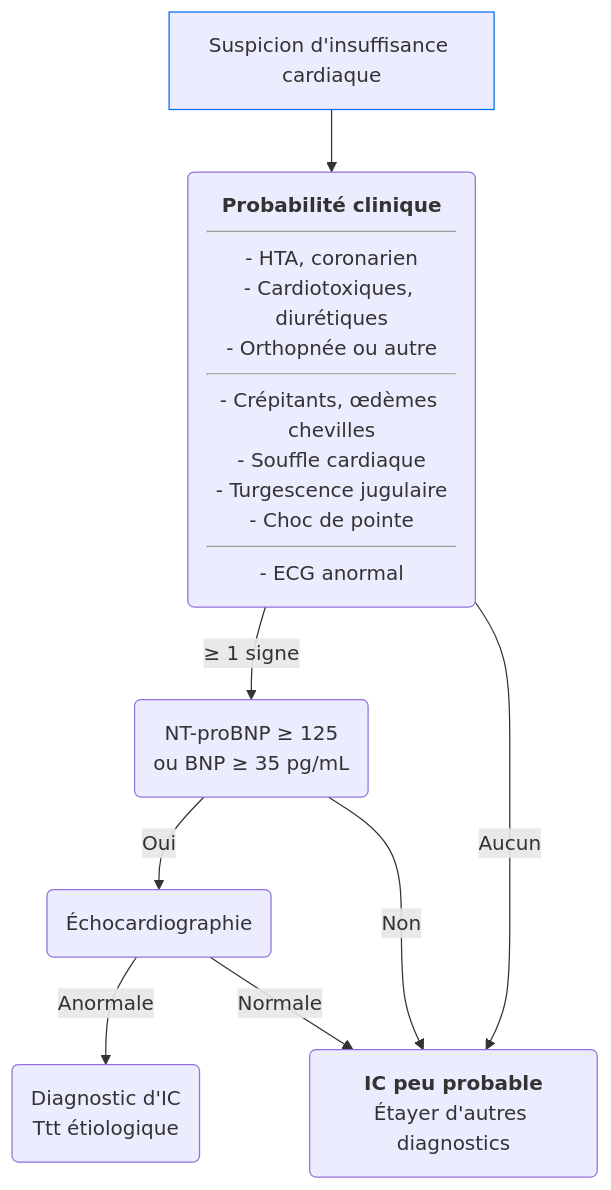
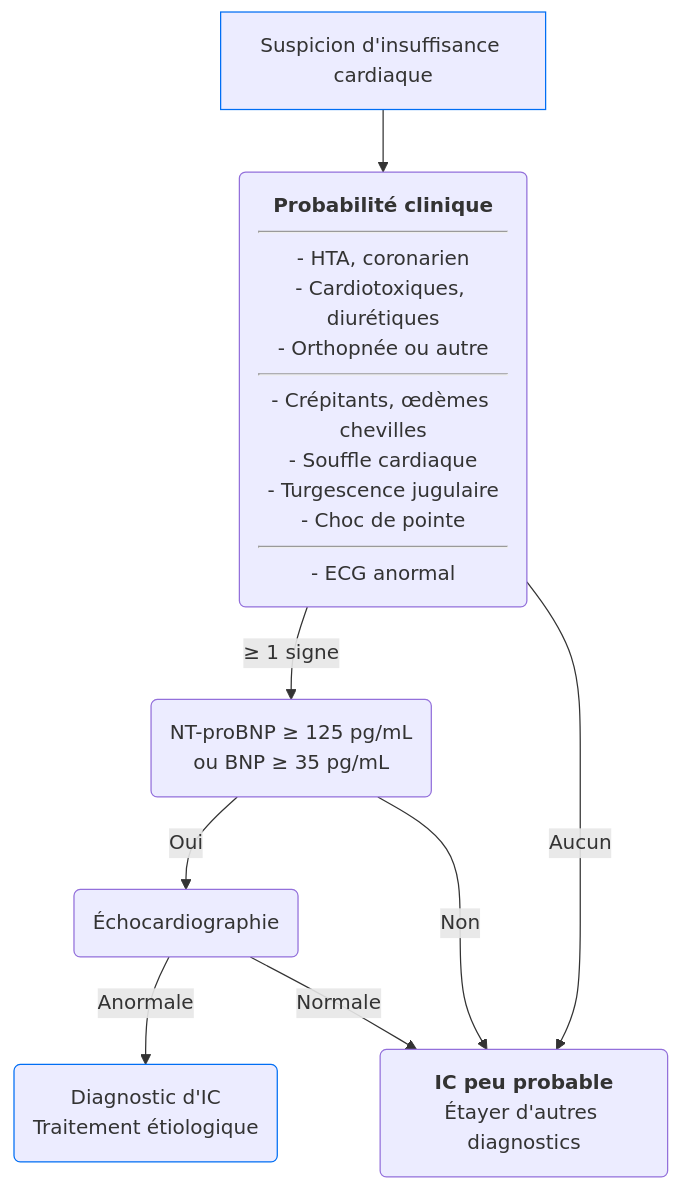
The first of 2 diagrams in content/recommandations/insuffisance-cardiaque-chronique.md (djibe/recommandations-medicales), drawn with Mermaid before and after one commit. The commit also changed other lines of this file and 33 other files, not shown here.

```diff
--- a/content/recommandations/insuffisance-cardiaque-chronique.md
+++ b/content/recommandations/insuffisance-cardiaque-chronique.md
@@ -357,12 +365,13 @@
 {{< mermaid title="Conduite à tenir pour le diagnostic de l'insuffisance cardiaque chronique. Dr JB FRON d'après ESC 2016" >}}
 graph TB
 suspicion[Suspicion d'insuffisance cardiaque]
 style suspicion stroke:#006ef4, stroke-width:1px
   suspicion --> clinique("<b>Probabilité clinique</b><hr>- HTA, coronarien<br>- Cardiotoxiques, diurétiques<br>- Orthopnée ou autre<hr>- Crépitants, œdèmes chevilles<br>- Souffle cardiaque<br>- Turgescence jugulaire<br>- Choc de pointe<hr>- ECG anormal")
-    clinique -- "&ge; 1 signe"--> BNP("NT-proBNP &ge; 125<br>ou BNP &ge; 35 pg/mL")
+    clinique -- "&ge; 1 signe"--> BNP("NT-proBNP &ge; 125 pg/mL<br>ou BNP &ge; 35 pg/mL")
       BNP -- Oui --> ETT(Échocardiographie)
-        ETT -- Anormale --> diagnostic("Diagnostic d'IC<br>Ttt étiologique")
+        ETT -- Anormale --> diagnostic("Diagnostic d'IC<br>Traitement étiologique")
+        style diagnostic stroke:#006ef4, stroke-width:1px
         ETT -- Normale --> differentiel
       BNP -- Non --> differentiel
     clinique -- Aucun --> differentiel("<b>IC peu probable</b><br>Étayer d'autres diagnostics")
 {{< /mermaid >}}
```
